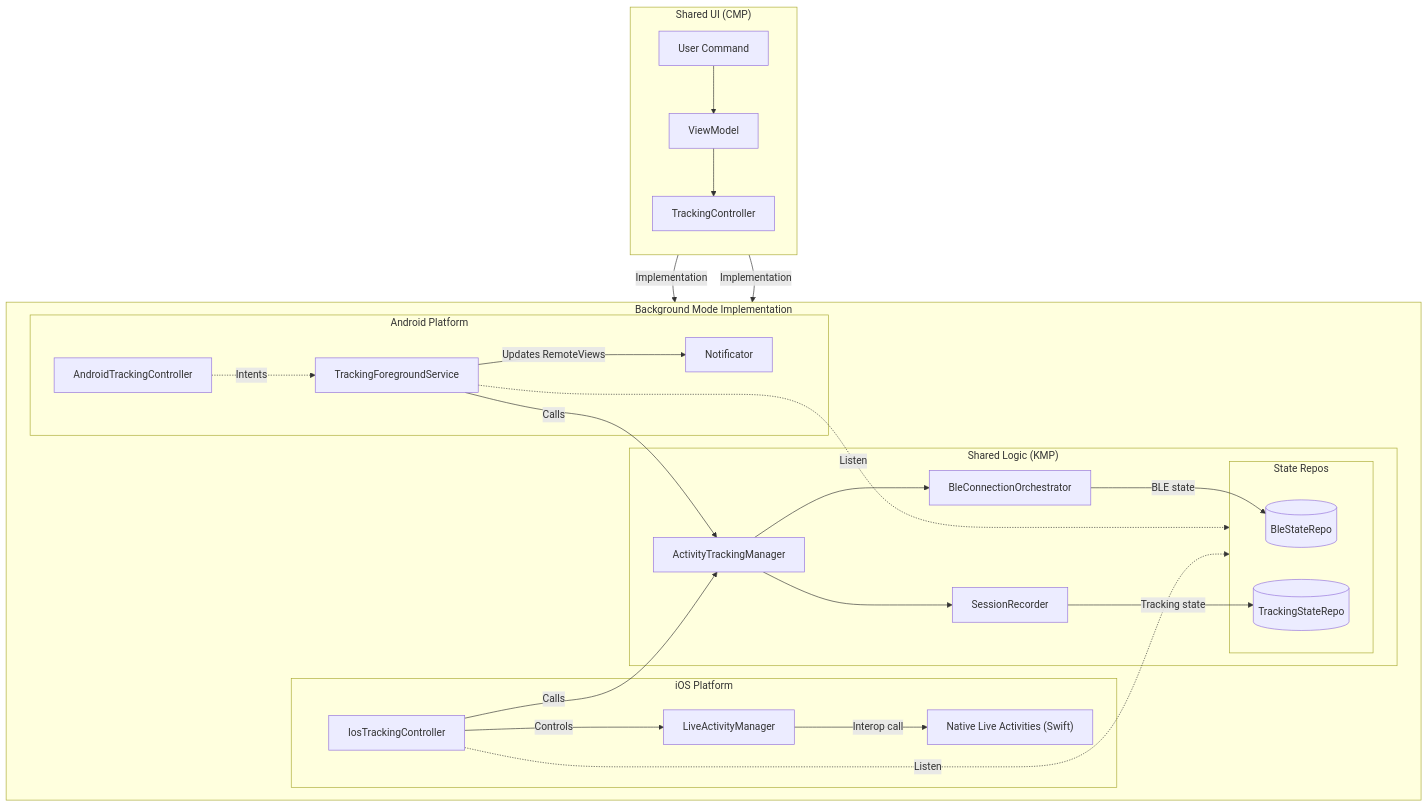
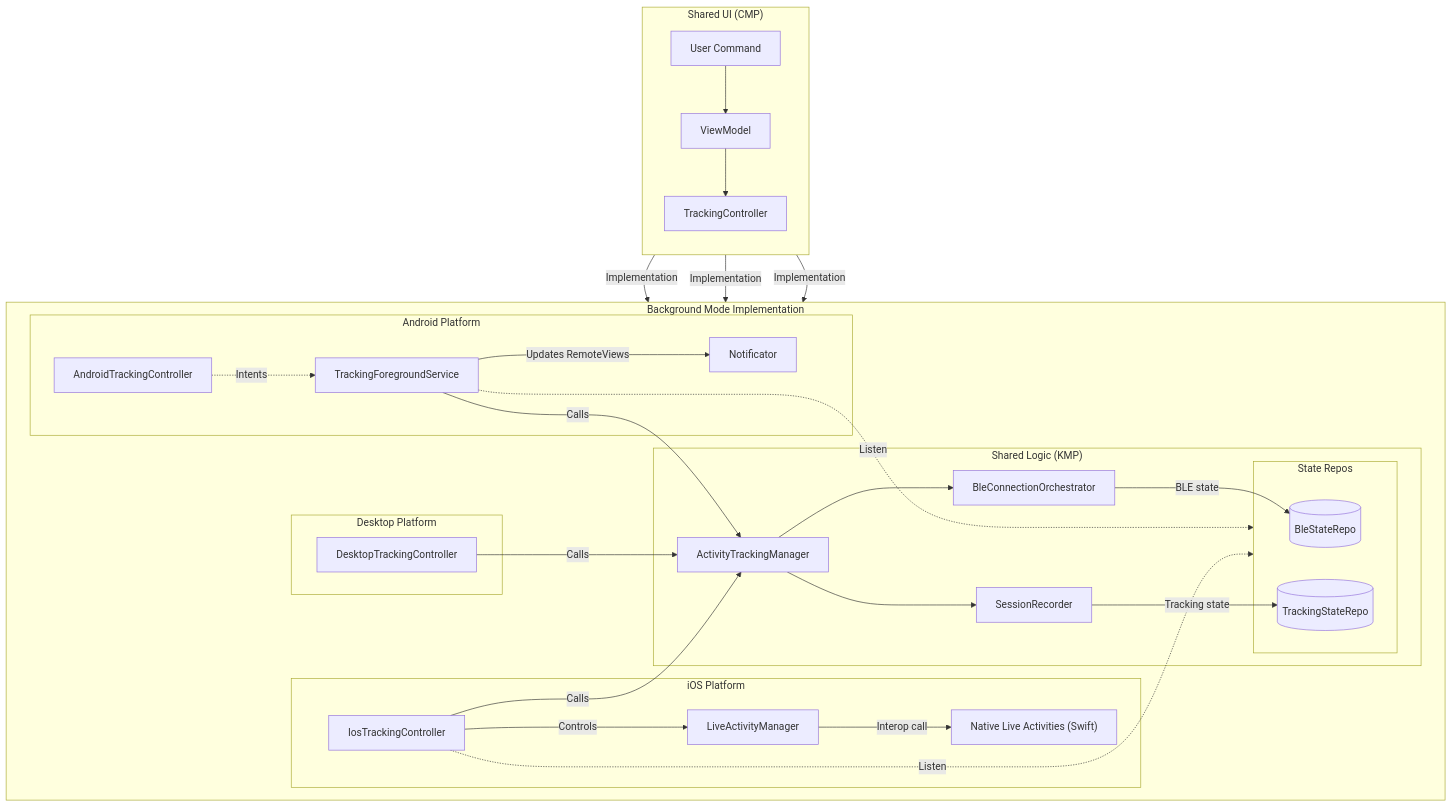
Before and after one commit to AnatoliiChub/HRAM: the fourth of 4 diagrams in README.md, drawn with Mermaid. The commit also changed other lines of this file and 80 other files, not shown here.

````diff
--- a/README.md
+++ b/README.md
@@ -531,63 +607,70 @@
 ```mermaid
 flowchart TB
     %% Shared UI
     subgraph CMP ["Shared UI (CMP)"]
         direction TB
         UI[User Command]
         VM[ViewModel]
         TC_Shared[TrackingController]
 
         UI --> VM
         VM --> TC_Shared
     end
 
     %% Background Mode
     subgraph BG ["Background Mode Implementation"]
         direction LR
 
         %% Android Platform
         subgraph Android ["Android Platform"]
             TC_And[AndroidTrackingController]
             Service[TrackingForegroundService]
             Notif[Notificator]
 
             Service -- "Updates RemoteViews" --> Notif
         end
 
         %% Shared KMP
         subgraph KMP ["Shared Logic (KMP)"]
             ATM[ActivityTrackingManager]
             BCO[BleConnectionOrchestrator]
             SR[SessionRecorder]
 
             subgraph Storage ["State Repos"]
                 BleRepo[(BleStateRepo)]
                 TrackRepo[(TrackingStateRepo)]
             end
 
             ATM --> BCO
             ATM --> SR
             BCO -- "BLE state" --> BleRepo
             SR -- "Tracking state" --> TrackRepo
         end
 
         %% iOS Platform
         subgraph iOS ["iOS Platform"]
             TC_iOS[IosTrackingController]
             LAM[LiveActivityManager]
             LA["Native Live Activities (Swift)"]
 
             TC_iOS -- "Controls" --> LAM
             LAM -- "Interop call" --> LA
         end
+
+        %% Desktop Platform
+        subgraph Desktop ["Desktop Platform"]
+            TC_Desktop[DesktopTrackingController]
+        end
     end
 
     %% Cross-layer connections
     TC_Shared -- "Implementation" --> TC_And
     TC_Shared -- "Implementation" --> TC_iOS
+    TC_Shared -- "Implementation" --> TC_Desktop
     TC_And -. "Intents" .-> Service
     Service -- "Calls" --> ATM
     TC_iOS -- "Calls" --> ATM
+    TC_Desktop -- "Calls" --> ATM
     Service -. "Listen" .-> Storage
     TC_iOS -. "Listen" .-> Storage
 ```
````
